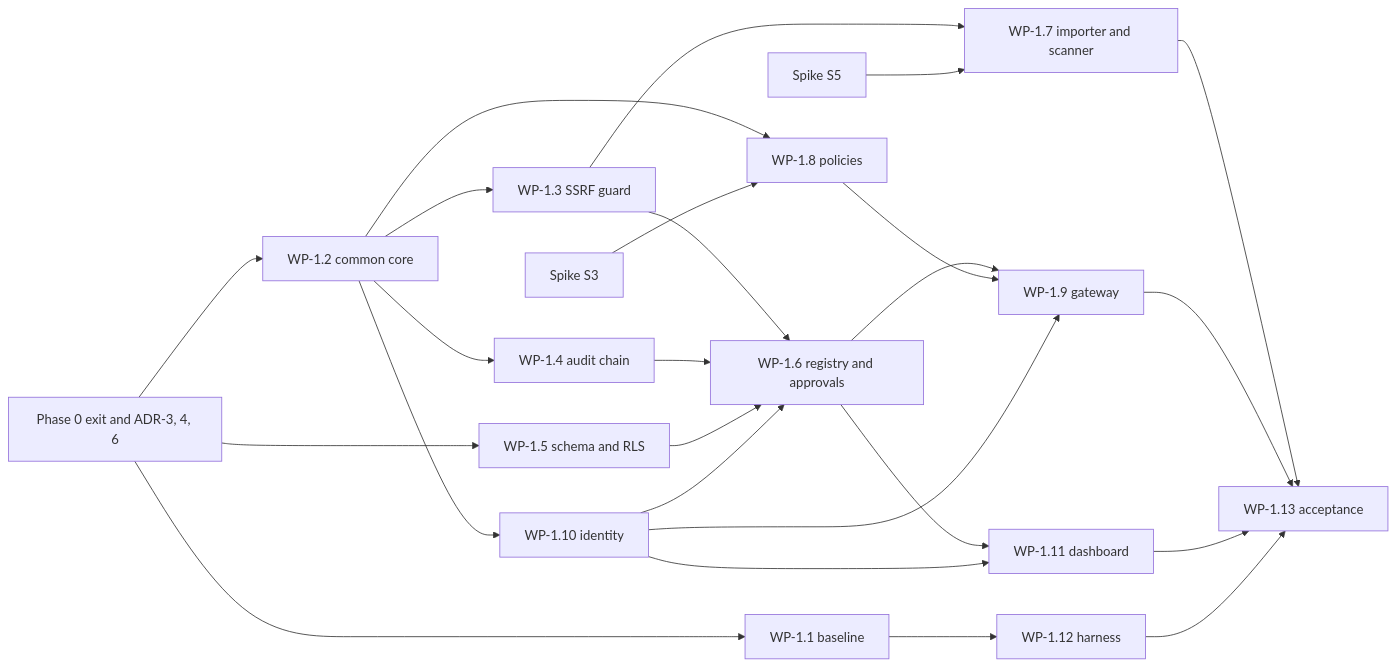
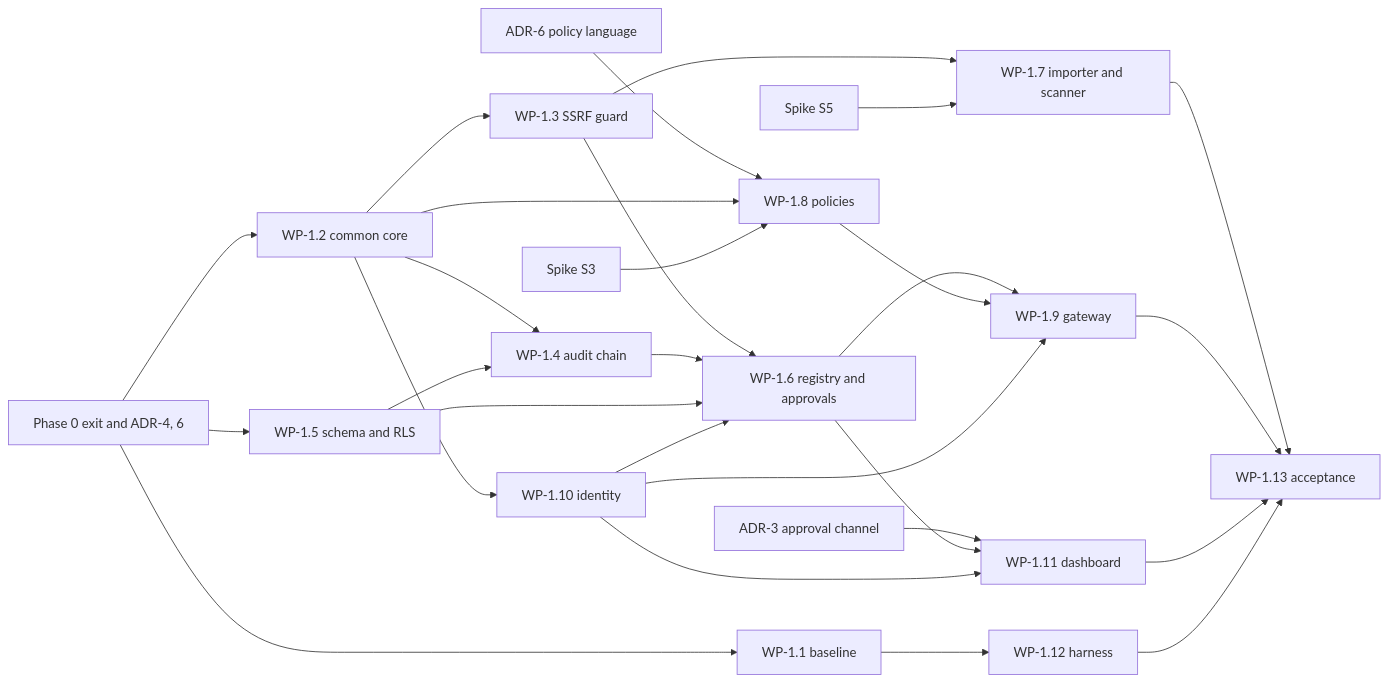
Before and after one commit to sujoydeb/AgenticSecCtl: the diagram in Plan/implementation-plan.md, drawn with Mermaid. The commit also changed other lines of this file and 5 other files, not shown here.

````diff
--- a/Plan/implementation-plan.md
+++ b/Plan/implementation-plan.md
@@ -208,27 +212,30 @@
 ```mermaid
 flowchart LR
-  P0["Phase 0 exit and ADR-3, 4, 6"] --> WP11["WP-1.1 baseline"]
+  P0["Phase 0 exit and ADR-4, 6"] --> WP11["WP-1.1 baseline"]
+  ADR3["ADR-3 approval channel"] --> WP111["WP-1.11 dashboard"]
+  ADR6["ADR-6 policy language"] --> WP18["WP-1.8 policies"]
   P0 --> WP12["WP-1.2 common core"]
   WP12 --> WP13["WP-1.3 SSRF guard"]
   WP12 --> WP14["WP-1.4 audit chain"]
   P0 --> WP15["WP-1.5 schema and RLS"]
   WP13 --> WP16["WP-1.6 registry and approvals"]
+  WP15 --> WP14
   WP14 --> WP16
   WP15 --> WP16
   WP110["WP-1.10 identity"] --> WP16
   WP12 --> WP110
   WP13 --> WP17["WP-1.7 importer and scanner"]
   S5["Spike S5"] --> WP17
-  WP12 --> WP18["WP-1.8 policies"]
+  WP12 --> WP18
   S3["Spike S3"] --> WP18
   WP16 --> WP19["WP-1.9 gateway"]
   WP18 --> WP19
   WP110 --> WP19
-  WP16 --> WP111["WP-1.11 dashboard"]
+  WP16 --> WP111
   WP110 --> WP111
   WP11 --> WP112["WP-1.12 harness"]
   WP17 --> WP113["WP-1.13 acceptance"]
   WP19 --> WP113
   WP111 --> WP113
   WP112 --> WP113
 ```
````
